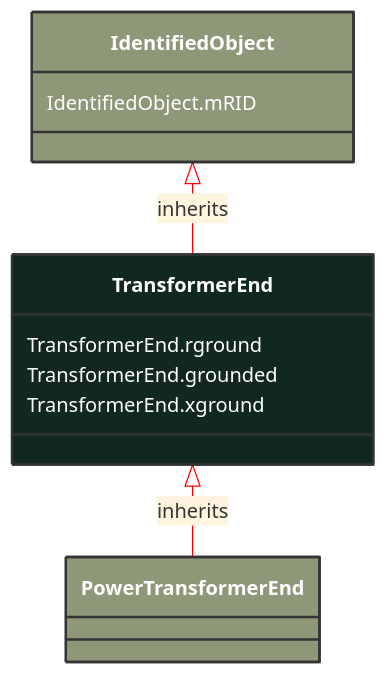
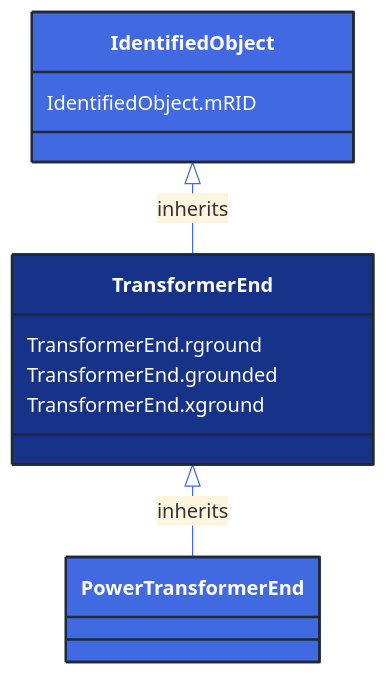
Before and after one commit to 3lbits/NoCIMExtensions: the diagram in docs/Models/Profiles/ShortCircuit/AbstractClasses/TransformerEnd.md, drawn with Mermaid. The commit also changed 362 other files, not shown here.

First line of the commit message:
Update diagrams and styles for improved visual consistency

````diff
--- a/docs/Models/Profiles/ShortCircuit/AbstractClasses/TransformerEnd.md
+++ b/docs/Models/Profiles/ShortCircuit/AbstractClasses/TransformerEnd.md
@@ -10,24 +10,24 @@
 ```mermaid
-%%{init: {'theme':'base','themeVariables': {'lineColor': '#FF0000'}}}%%
+%%{init: {'theme':'base','themeVariables': {'lineColor': '#4169E1'}}}%%
 classDiagram
     class TransformerEnd
     click TransformerEnd href "/Models/Profiles/ShortCircuit/AbstractClasses/TransformerEnd/"
-    style TransformerEnd fill:#102820,stroke:#333,stroke-width:2px,rx:10,ry:10,color:white
+    style TransformerEnd fill:#163289,stroke:#1F2A37,stroke-width:2px,rx:10,ry:10,color:white
 
         TransformerEnd <|-- PowerTransformerEnd : inherits
 
         PowerTransformerEnd
             click PowerTransformerEnd href "/Models/Profiles/ShortCircuit/ConcreteClasses/PowerTransformerEnd/"
-            style PowerTransformerEnd fill:#8F9779,stroke:#333,stroke-width:2px,rx:10,ry:10,color:white
+            style PowerTransformerEnd fill:#4169E1,stroke:#1F2A37,stroke-width:2px,rx:10,ry:10,color:white
      
         IdentifiedObject <|-- TransformerEnd : inherits
             click IdentifiedObject href "/Models/Profiles/ShortCircuit/AbstractClasses/IdentifiedObject/"
-            style IdentifiedObject fill:#8F9779,stroke:#333,stroke-width:2px,rx:10,ry:10,color:white
+            style IdentifiedObject fill:#4169E1,stroke:#1F2A37,stroke-width:2px,rx:10,ry:10,color:white
 
 
 
         TransformerEnd : TransformerEnd.rground
         TransformerEnd : TransformerEnd.grounded
         TransformerEnd : TransformerEnd.xground
         IdentifiedObject : IdentifiedObject.mRID
 ```
````
